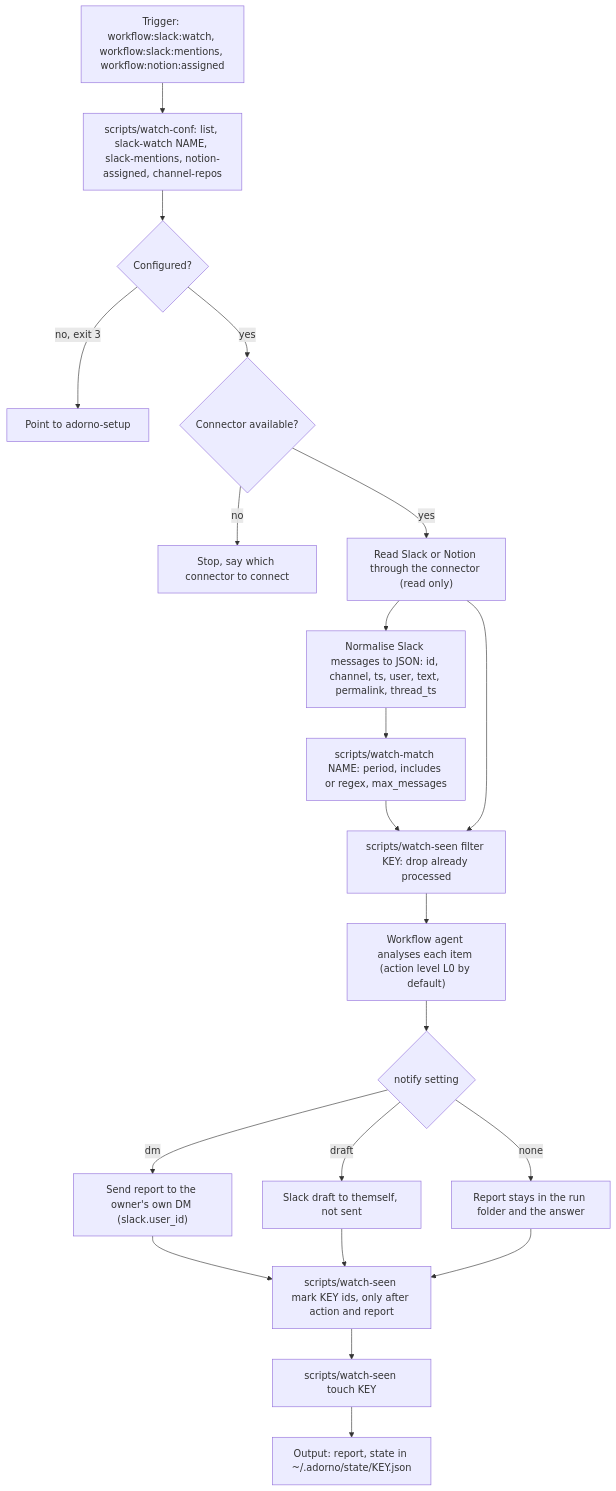
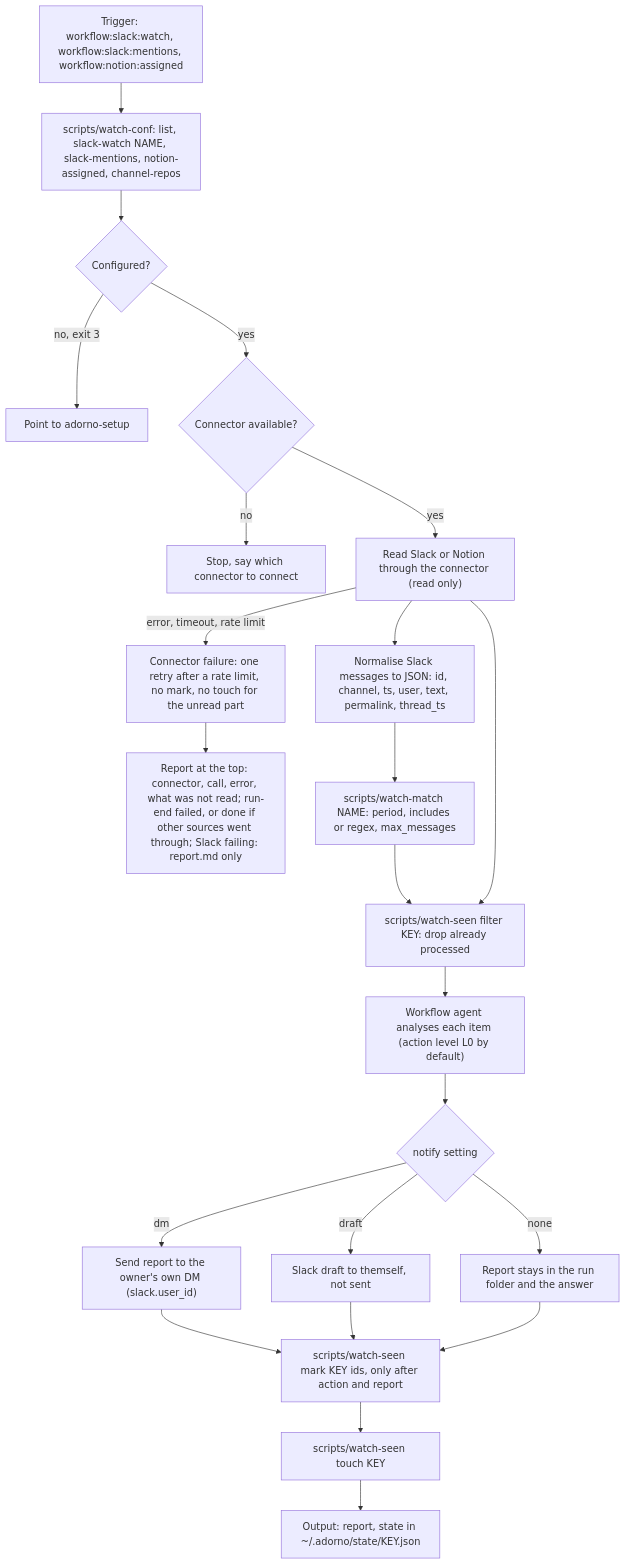
The diagram in src/skills/adorno-watch/SCHEMA.md (nicolasmondain/adorno), drawn with Mermaid before and after one commit. The commit also changed 24 other files, not shown here.

````diff
--- a/src/skills/adorno-watch/SCHEMA.md
+++ b/src/skills/adorno-watch/SCHEMA.md
@@ -3,23 +3,25 @@
 ```mermaid
 flowchart TD
   T["Trigger: workflow:slack:watch, workflow:slack:mentions, workflow:notion:assigned"] --> CF["scripts/watch-conf: list, slack-watch NAME, slack-mentions, notion-assigned, channel-repos"]
   CF --> NC{"Configured?"}
   NC -->|"no, exit 3"| SU["Point to adorno-setup"]
   NC -->|"yes"| CN{"Connector available?"}
   CN -->|"no"| STOP["Stop, say which connector to connect"]
   CN -->|"yes"| RD["Read Slack or Notion through the connector (read only)"]
+  RD -->|"error, timeout, rate limit"| FAIL["Connector failure: one retry after a rate limit, no mark, no touch for the unread part"]
+  FAIL --> FR["Report at the top: connector, call, error, what was not read; run-end failed, or done if other sources went through; Slack failing: report.md only"]
   RD --> NM["Normalise Slack messages to JSON: id, channel, ts, user, text, permalink, thread_ts"]
   NM --> WM["scripts/watch-match NAME: period, includes or regex, max_messages"]
   WM --> SF["scripts/watch-seen filter KEY: drop already processed"]
   RD --> SF
   SF --> AG["Workflow agent analyses each item (action level L0 by default)"]
   AG --> NT{"notify setting"}
   NT -->|"dm"| DM["Send report to the owner's own DM (slack.user_id)"]
   NT -->|"draft"| DF["Slack draft to themself, not sent"]
   NT -->|"none"| KP["Report stays in the run folder and the answer"]
   DM --> MK["scripts/watch-seen mark KEY ids, only after action and report"]
   DF --> MK
   KP --> MK
   MK --> TC["scripts/watch-seen touch KEY"]
   TC --> OUT["Output: report, state in ~/.adorno/state/KEY.json"]
 ```
````
